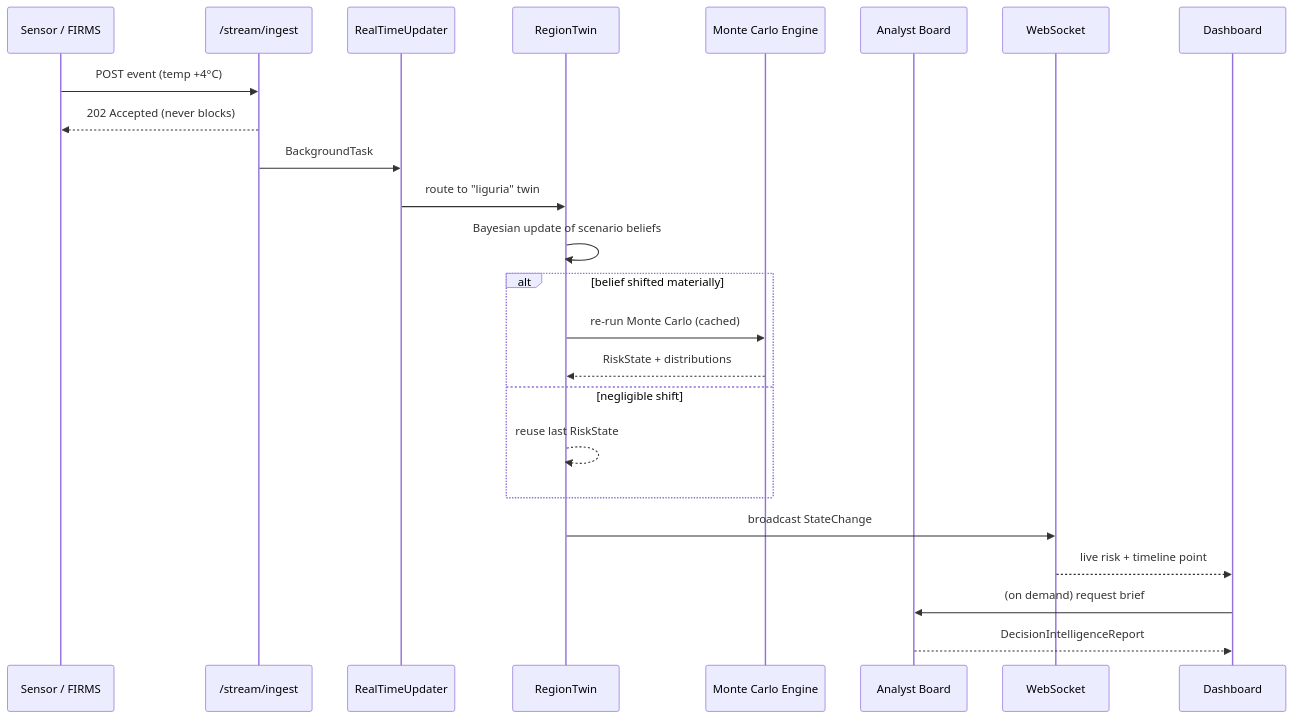
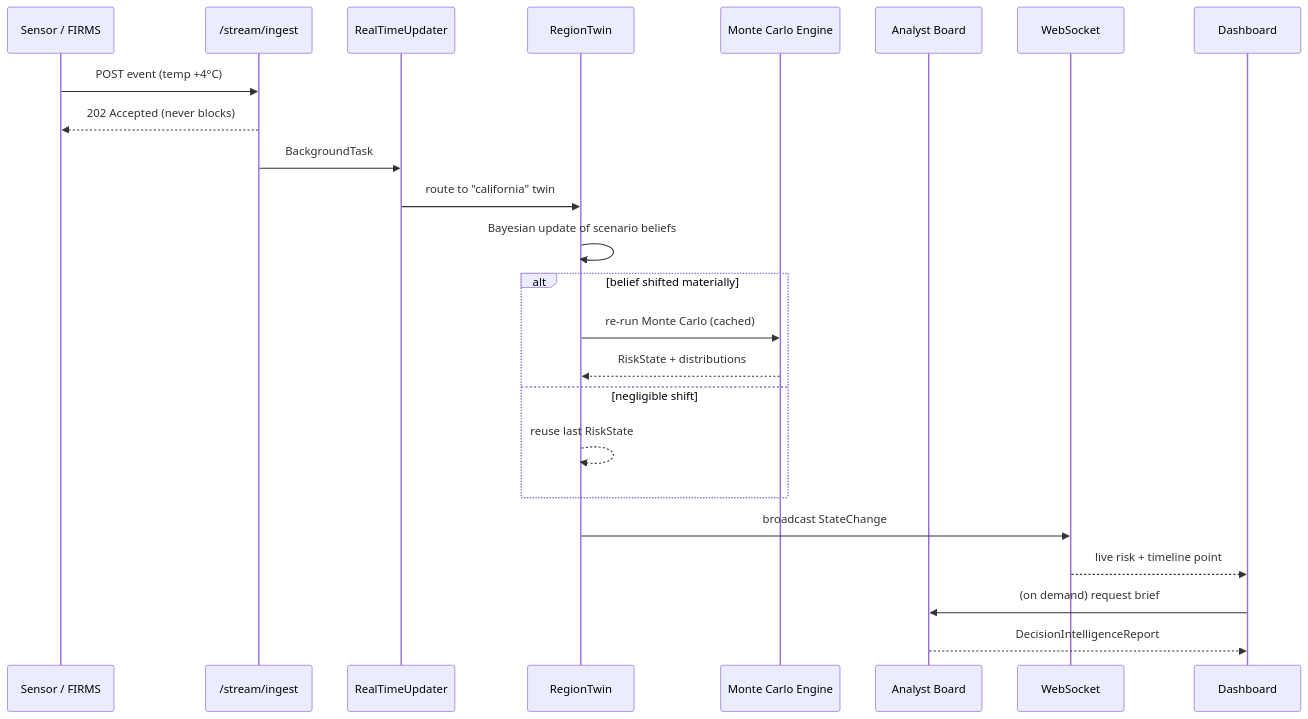
The second of 2 diagrams in docs/v2_architecture.md (niccolopa/VECTIS-AI), drawn with Mermaid before and after one commit. The commit also changed 26 other files, not shown here.

First line of the commit message:
refactor: purge remaining Liguria references for dynamic California reports

````diff
--- a/docs/v2_architecture.md
+++ b/docs/v2_architecture.md
@@ -92,27 +92,27 @@
 ```mermaid
 sequenceDiagram
     participant Src as Sensor / FIRMS
     participant API as /stream/ingest
     participant U as RealTimeUpdater
     participant T as RegionTwin
     participant E as Monte Carlo Engine
     participant B as Analyst Board
     participant WS as WebSocket
     participant UI as Dashboard
 
     Src->>API: POST event (temp +4°C)
     API-->>Src: 202 Accepted (never blocks)
     API->>U: BackgroundTask
-    U->>T: route to "liguria" twin
+    U->>T: route to "california" twin
     T->>T: Bayesian update of scenario beliefs
     alt belief shifted materially
         T->>E: re-run Monte Carlo (cached)
         E-->>T: RiskState + distributions
     else negligible shift
         T-->>T: reuse last RiskState
     end
     T->>WS: broadcast StateChange
     WS-->>UI: live risk + timeline point
     UI->>B: (on demand) request brief
     B-->>UI: DecisionIntelligenceReport
 ```
````
